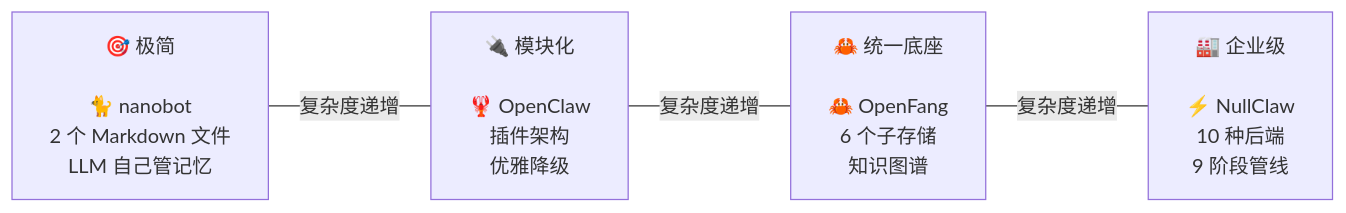
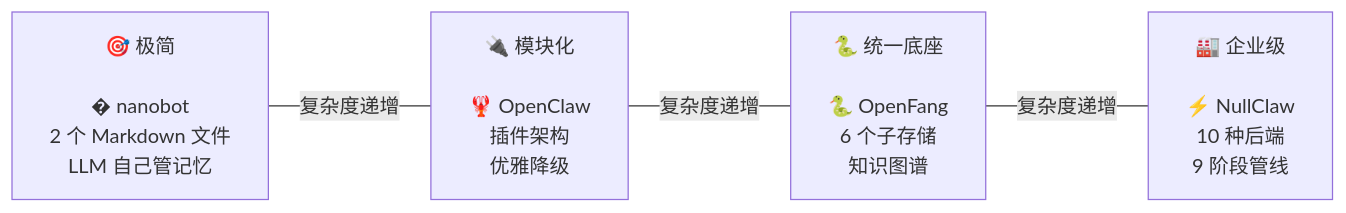
Before and after one commit to breath57/how-ai-agents-remember: the fifth of 5 diagrams in README.md, drawn with Mermaid. The commit also changed other lines of this file and 2 other files, not shown here.

````diff
--- a/README.md
+++ b/README.md
@@ -254,6 +254,6 @@
 ```mermaid
 graph LR
-    A["🎯 极简\n\n🐈 nanobot\n2 个 Markdown 文件\nLLM 自己管记忆"] ---|复杂度递增| B["🔌 模块化\n\n🦞 OpenClaw\n插件架构\n优雅降级"]
-    B ---|复杂度递增| C["🦀 统一底座\n\n🦀 OpenFang\n6 个子存储\n知识图谱"]
+    A["🎯 极简\n\n� nanobot\n2 个 Markdown 文件\nLLM 自己管记忆"] ---|复杂度递增| B["🔌 模块化\n\n🦞 OpenClaw\n插件架构\n优雅降级"]
+    B ---|复杂度递增| C["🐍 统一底座\n\n🐍 OpenFang\n6 个子存储\n知识图谱"]
     C ---|复杂度递增| D["🏭 企业级\n\n⚡ NullClaw\n10 种后端\n9 阶段管线"]
 ```
````
